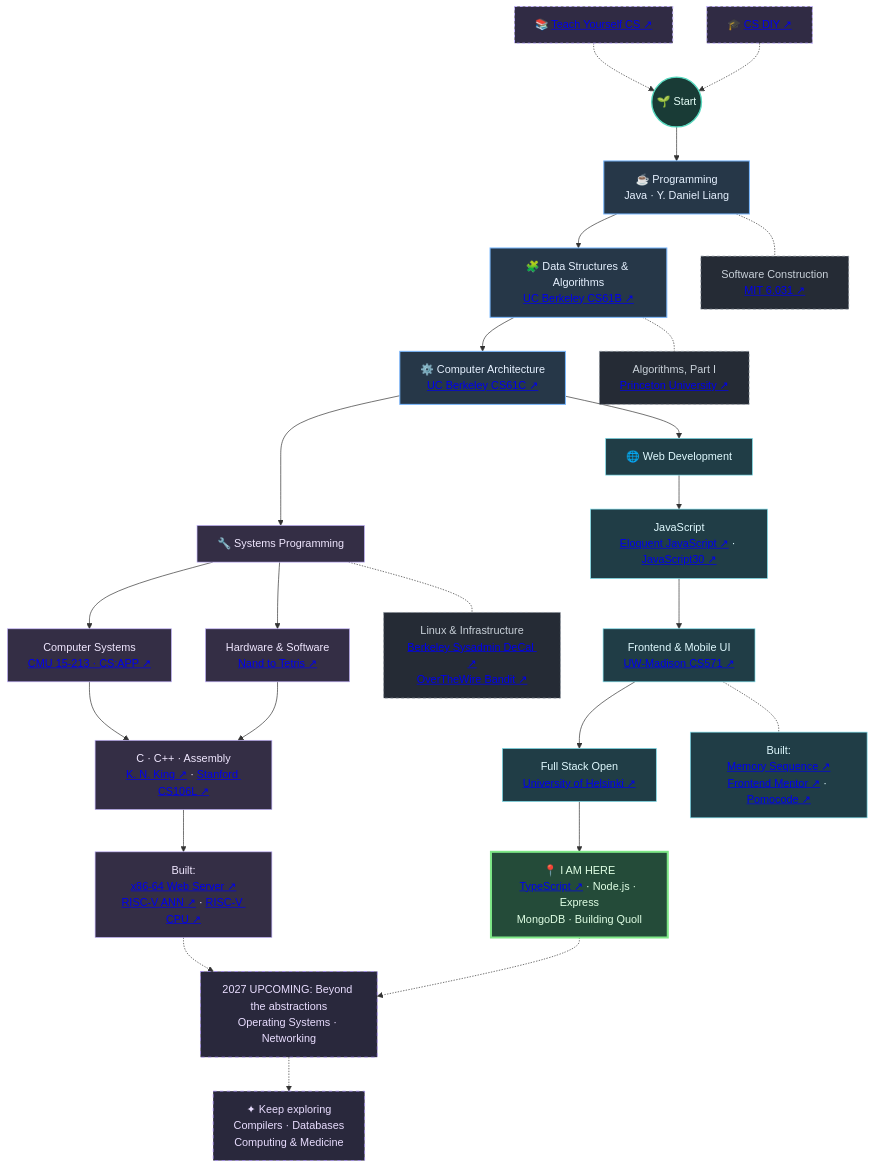
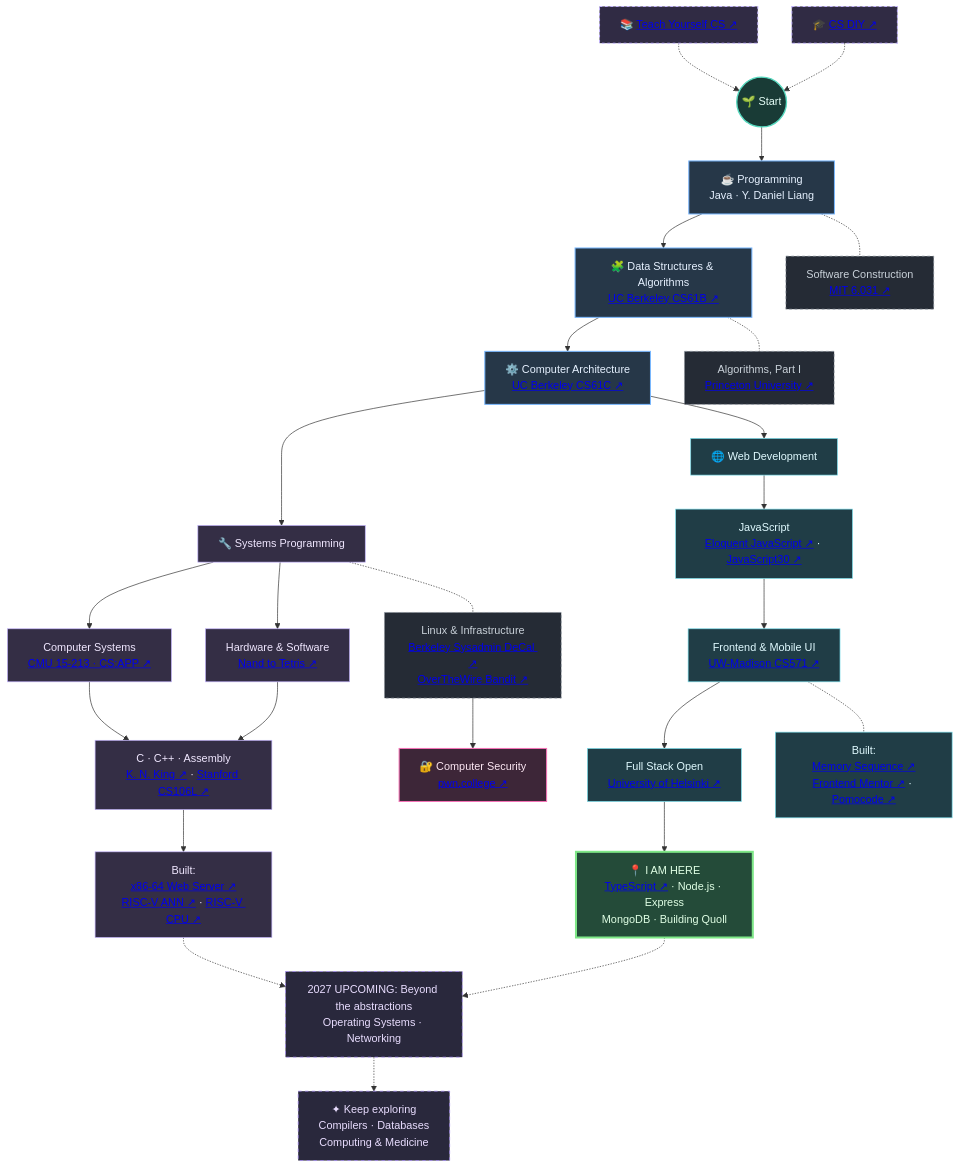
The diagram in README.md (HsHs-dev/HsHs-dev), drawn with Mermaid before and after one commit. The commit also changed other lines of this file and 1 other file, not shown here.

````diff
--- a/README.md
+++ b/README.md
@@ -95,66 +93,72 @@
 ```mermaid
 flowchart TD
     TCS["📚 <a href='https://teachyourselfcs.com/'>Teach Yourself CS ↗</a>"]
     DIY["🎓 <a href='https://csdiy.wiki/en/'>CS DIY ↗</a>"]
 
     TCS -.-> START(("🌱 Start"))
     DIY -.-> START
 
     START --> JAVA["☕ Programming<br/>Java · Y. Daniel Liang"]
 
     JAVA --> DSA["🧩 Data Structures & Algorithms<br/><a href='https://github.com/HsHs-dev/UCB-CS61B'>UC Berkeley CS61B ↗</a>"]
 
     DSA --> ARCH["⚙️ Computer Architecture<br/><a href='https://github.com/HsHs-dev/UCB-CS61C'>UC Berkeley CS61C ↗</a>"]
 
     JAVA -.- SE["Software Construction<br/><a href='https://github.com/HsHs-dev/MIT-Software-Construction-6.031'>MIT 6.031 ↗</a>"]
 
     DSA -.- ALG["Algorithms, Part I<br/><a href='https://github.com/HsHs-dev/Algorithms'>Princeton University ↗</a>"]
 
     ARCH --> SYSTEMS["🔧 Systems Programming"]
     ARCH --> WEB["🌐 Web Development"]
 
     SYSTEMS --> CSAPP["Computer Systems<br/><a href='https://github.com/HsHs-dev/ICS-15-213-2015'>CMU 15-213 · CS:APP ↗</a>"]
 
     SYSTEMS --> N2T["Hardware & Software<br/><a href='https://github.com/HsHs-dev/From-Nand-to-Tetris'>Nand to Tetris ↗</a>"]
 
     CSAPP --> LOW["C · C++ · Assembly<br/><a href='https://github.com/HsHs-dev/C-Programming-A-Modern-Approach'>K. N. King ↗</a> · <a href='https://github.com/HsHs-dev/Stanford-CS106L'>Stanford CS106L ↗</a>"]
 
     N2T --> LOW
 
     LOW --> SYSP["Built:<br/><a href='https://github.com/HsHs-dev/x86-64-webserver'>x86-64 Web Server ↗</a><br/><a href='https://github.com/HsHs-dev/RISCV-ANN'>RISC-V ANN ↗</a> · <a href='https://github.com/HsHs-dev/UCB-CS61C/tree/main/Project/proj3'>RISC-V CPU ↗</a>"]
 
     SYSTEMS -.- LINUX["Linux & Infrastructure<br/><a href='https://github.com/HsHs-dev/SysadminDeCal'>Berkeley Sysadmin DeCal ↗</a><br/><a href='https://github.com/HsHs-dev/overthewire-bandit'>OverTheWire Bandit ↗</a>"]
 
+    LINUX --> SECURITY["🔐 Computer Security<br/><a href='https://pwn.college/hacker/hshs-dev'>pwn.college ↗</a>"]
+
+    click SECURITY "https://pwn.college/hacker/hshs-dev" "Explore my pwn.college profile" _blank
+
     WEB --> JS["JavaScript<br/><a href='https://eloquentjavascript.net/'>Eloquent JavaScript ↗</a> · <a href='https://github.com/HsHs-dev/javascript30'>JavaScript30 ↗</a>"]
 
     JS --> UI["Frontend & Mobile UI<br/><a href='https://github.com/HsHs-dev/UW-Madison-CS571'>UW-Madison CS571 ↗</a>"]
 
     UI --> FSO["Full Stack Open<br/><a href='https://github.com/HsHs-dev/fullstack-open'>University of Helsinki ↗</a>"]
 
     UI -.- WEBP["Built:<br/><a href='https://github.com/HsHs-dev/react-memory-game'>Memory Sequence ↗</a><br/><a href='https://github.com/HsHs-dev/frontend-mentors-challenges-gallery'>Frontend Mentor ↗</a> · <a href='https://github.com/HsHs-dev/pomocode'>Pomocode ↗</a>"]
 
     FSO --> NOW["📍 I AM HERE<br/><a href='https://github.com/HsHs-dev/Typescript-Full-Stack-Open'>TypeScript ↗</a> · Node.js · Express<br/>MongoDB · Building Quoll"]
 
     SYSP -.-> NEXT["2027 UPCOMING: Beyond the abstractions<br/>Operating Systems · Networking"]
     NOW -.-> NEXT
 
     NEXT -.-> FUTURE["✦ Keep exploring<br/>Compilers · Databases<br/>Computing & Medicine"]
 
     classDef guide fill:#302B44,stroke:#C4B5FD,color:#E9DDFF,stroke-width:1.5px,stroke-dasharray:4 4
     classDef start fill:#193B36,stroke:#56D8BE,color:#E6FFF8,stroke-width:2px
     classDef core fill:#263748,stroke:#79B8FF,color:#E6F1FF,stroke-width:1.5px
     classDef systems fill:#342E45,stroke:#C4B5FD,color:#F0E7FF
     classDef web fill:#203D46,stroke:#79DDEB,color:#E0FAFF
     classDef extra fill:#252B35,stroke:#8B949E,color:#C9D1D9,stroke-dasharray:4 4
+    classDef security fill:#3D2638,stroke:#F472B6,color:#FCE7F3,stroke-width:1.5px
     classDef current fill:#244B39,stroke:#7EE787,color:#E0FFE5,stroke-width:3px
     classDef future fill:#29283C,stroke:#A78BFA,color:#E9DDFF,stroke-dasharray:5 5
 
     class TCS,DIY guide
     class START start
     class JAVA,DSA,ARCH core
     class SYSTEMS,CSAPP,N2T,LOW,SYSP systems
     class WEB,JS,UI,FSO,WEBP web
     class SE,ALG,LINUX extra
+    class SECURITY security
     class NOW current
     class NEXT,FUTURE future
 ```
````
